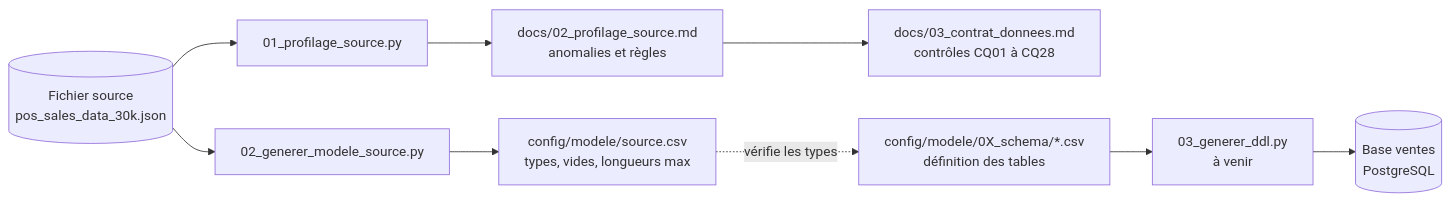
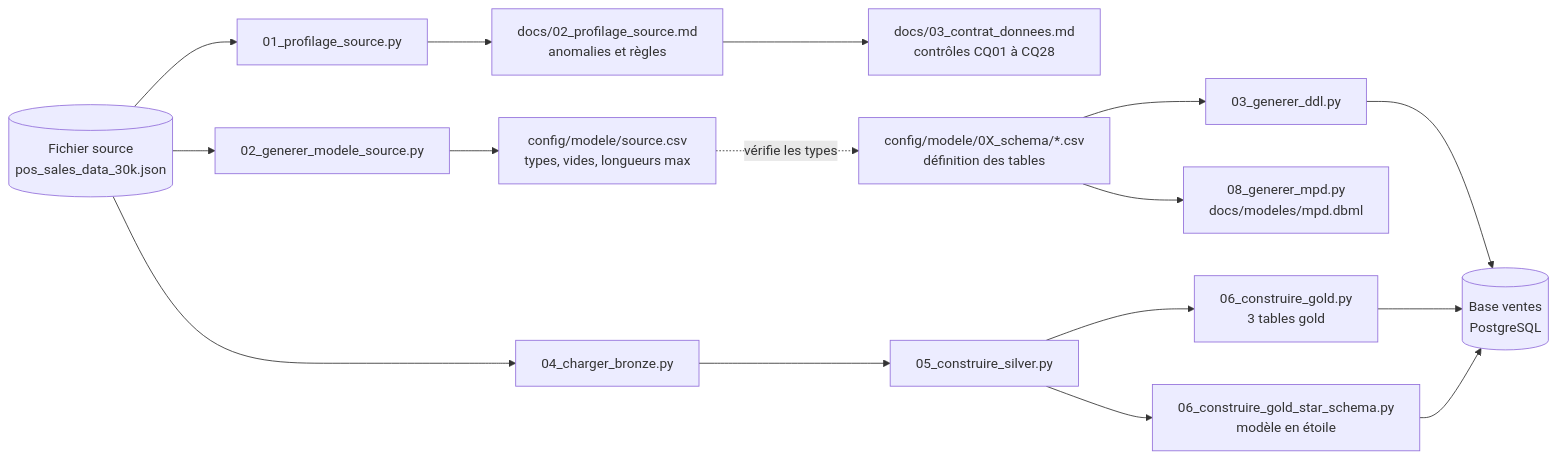
The first of 3 diagrams in scripts/README.md (cnanaj-wq/lab-sales-analysis), drawn with Mermaid before and after one commit. The commit also changed other lines of this file and 6 other files, not shown here.

````diff
--- a/scripts/README.md
+++ b/scripts/README.md
@@ -22,17 +38,27 @@
 ```mermaid
 flowchart LR
     json[("Fichier source<br/>pos_sales_data_30k.json")]
     prof["01_profilage_source.py"]
     doc["docs/02_profilage_source.md<br/>anomalies et règles"]
     contrat["docs/03_contrat_donnees.md<br/>contrôles CQ01 à CQ28"]
     gen["02_generer_modele_source.py"]
     src["config/modele/source.csv<br/>types, vides, longueurs max"]
     tables["config/modele/0X_schema/*.csv<br/>définition des tables"]
-    ddl["03_generer_ddl.py<br/>à venir"]
+    ddl["03_generer_ddl.py"]
+    mpd["08_generer_mpd.py<br/>docs/modeles/mpd.dbml"]
     base[("Base ventes<br/>PostgreSQL")]
+    b["04_charger_bronze.py"]
+    s["05_construire_silver.py"]
+    g["06_construire_gold.py<br/>3 tables gold"]
+    st["06_construire_gold_star_schema.py<br/>modèle en étoile"]
 
     json --> prof --> doc --> contrat
     json --> gen --> src
     src -. "vérifie les types" .-> tables
     tables --> ddl --> base
+    tables --> mpd
+    json --> b --> s --> g
+    s --> st
+    g --> base
+    st --> base
 ```
````
